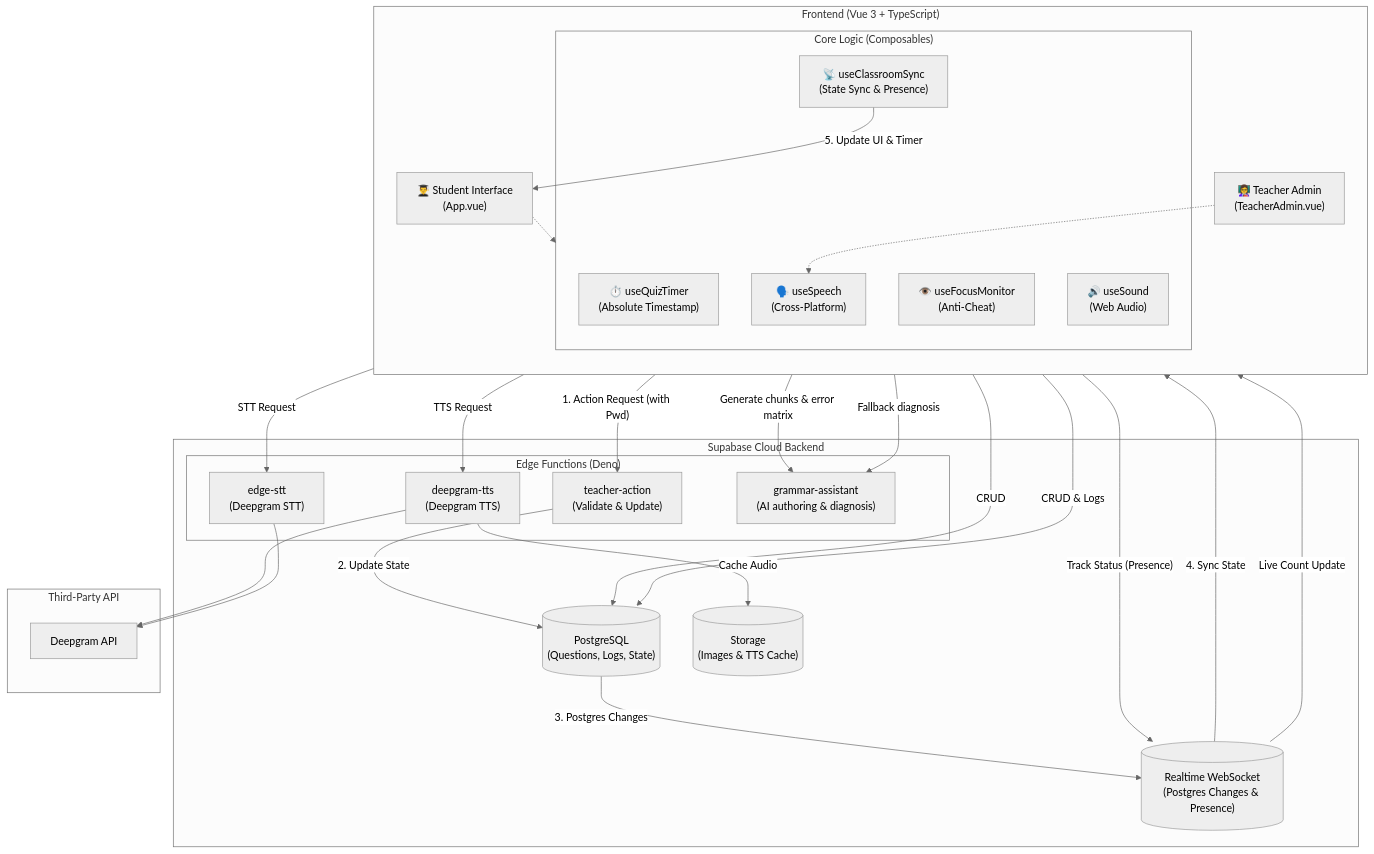
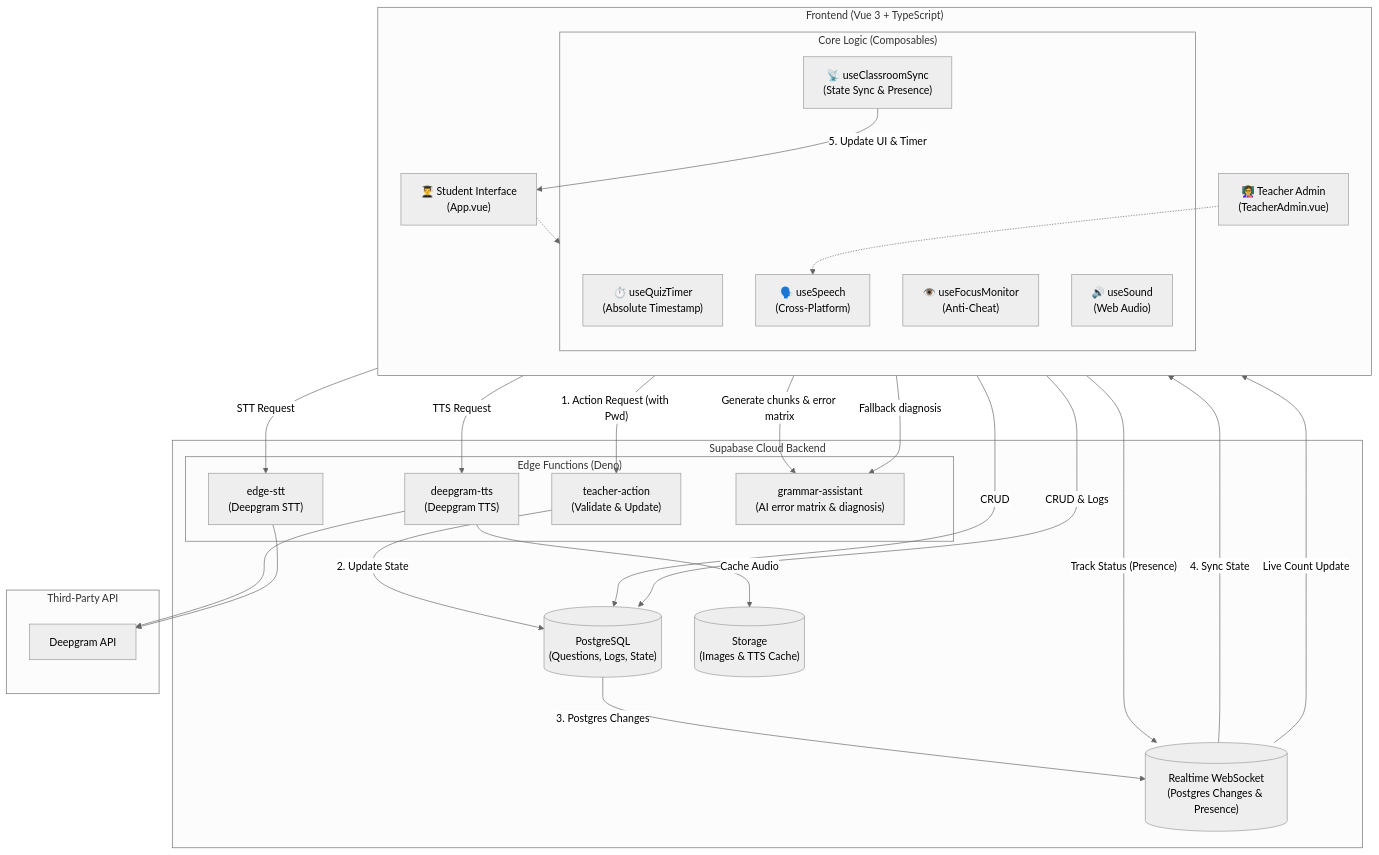
The second of 3 diagrams in README.md (ylin3-learner/SyntaxHunt), drawn with Mermaid (neutral theme) before and after one commit. The commit also changed other lines of this file and 1 other file, not shown here.

Commit message:
docs: document adaptive grammar canvas and diagnosis

````diff
--- a/README.md
+++ b/README.md
@@ -73,60 +73,60 @@
 ```mermaid
 graph TD
     subgraph Client ["Frontend (Vue 3 + TypeScript)"]
         direction TB
         AdminUI["👩‍🏫 Teacher Admin<br>(TeacherAdmin.vue)"]
         StudentUI["👨‍🎓 Student Interface<br>(App.vue)"]
         
         subgraph Composables ["Core Logic (Composables)"]
             Timer["⏱️ useQuizTimer<br>(Absolute Timestamp)"]
             Focus["👁️ useFocusMonitor<br>(Anti-Cheat)"]
             Sound["🔊 useSound<br>(Web Audio)"]
             Speech["🗣️ useSpeech<br>(Cross-Platform)"]
             Sync["📡 useClassroomSync<br>(State Sync & Presence)"]
         end
     end
 
     subgraph Supabase ["Supabase Cloud Backend"]
         DB[("PostgreSQL<br>(Questions, Logs, State)")]
         Realtime[("Realtime WebSocket<br>(Postgres Changes & Presence)")]
         Storage[("Storage<br>(Images & TTS Cache)")]
         
         subgraph EdgeFunctions ["Edge Functions (Deno)"]
             Action_Proxy["teacher-action<br>(Validate & Update)"]
             TTS_Proxy["deepgram-tts<br>(Deepgram TTS)"]
             STT_Proxy["edge-stt<br>(Deepgram STT)"]
-            Grammar_Proxy["grammar-assistant<br>(AI authoring & diagnosis)"]
+            Grammar_Proxy["grammar-assistant<br>(AI error matrix & diagnosis)"]
         end
     end
 
     subgraph ThirdParty ["Third-Party API"]
         Deepgram["Deepgram API"]
     end
 
     %% Data Flow
     AdminUI -- "1. Action Request (with Pwd)" --> Action_Proxy
     Action_Proxy -- "2. Update State" --> DB
     DB -- "3. Postgres Changes" --> Realtime
     Realtime -- "4. Sync State" --> Sync
     Sync -- "5. Update UI & Timer" --> StudentUI
     
     %% Presence Flow
     StudentUI -- "Track Status (Presence)" --> Realtime
     Realtime -- "Live Count Update" --> AdminUI
     
     AdminUI -- "CRUD" --> DB
     StudentUI -- "CRUD & Logs" --> DB
     
     StudentUI -- "TTS Request" --> TTS_Proxy
     TTS_Proxy --> Deepgram
     TTS_Proxy -- "Cache Audio" --> Storage
     
     StudentUI -- "STT Request" --> STT_Proxy
     STT_Proxy --> Deepgram
     AdminUI -- "Generate chunks & error matrix" --> Grammar_Proxy
     StudentUI -- "Fallback diagnosis" --> Grammar_Proxy
 
     %% Logic Dependencies
     StudentUI -.-> Composables
     AdminUI -.-> Speech
 ```
````
